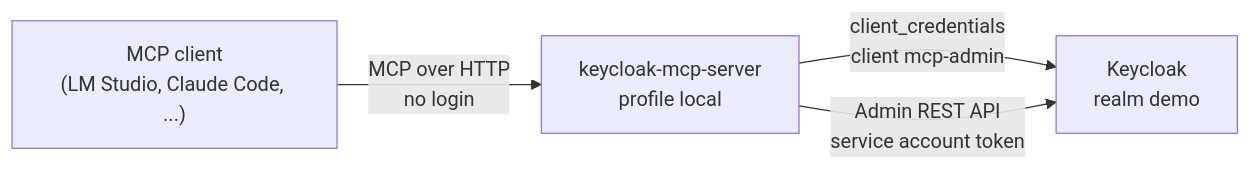
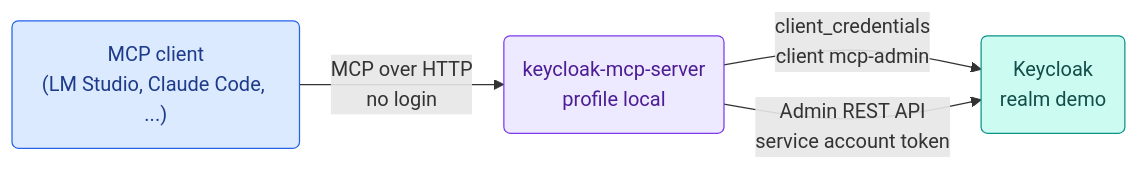
One commit to edewit/keycloak-mcp-server changed the first of 8 diagrams in docs/scenarios.md. Above: the diagram before and after it, drawn with Mermaid. The commit also changed other lines of this file, not shown here.

Commit message:
Give the scenario diagrams a consistent colour language that works in light and dark themes

````diff
--- a/docs/scenarios.md
+++ b/docs/scenarios.md
@@ -14,6 +17,15 @@
 ```mermaid
 flowchart LR
-    M["MCP client<br/>(LM Studio, Claude Code, ...)"] -- "MCP over HTTP<br/>no login" --> S["keycloak-mcp-server<br/>profile local"]
-    S -- "client_credentials<br/>client mcp-admin" --> K["Keycloak<br/>realm demo"]
+    M("MCP client<br/>(LM Studio, Claude Code, ...)") -- "MCP over HTTP<br/>no login" --> S("keycloak-mcp-server<br/>profile local")
+    S -- "client_credentials<br/>client mcp-admin" --> K("Keycloak<br/>realm demo")
     S -- "Admin REST API<br/>service account token" --> K
+    classDef client fill:#dbeafe,stroke:#2563eb,color:#1e3a8a
+    classDef server fill:#ede9fe,stroke:#7c3aed,color:#4c1d95
+    classDef keycloak fill:#ccfbf1,stroke:#0d9488,color:#134e4a
+    classDef infra fill:#fef3c7,stroke:#d97706,color:#78350f
+    classDef confirm fill:#ffe4e6,stroke:#e11d48,color:#881337
+    classDef audit fill:#e2e8f0,stroke:#64748b,color:#1e293b
+    class M client
+    class S server
+    class K keycloak
 ```
````
